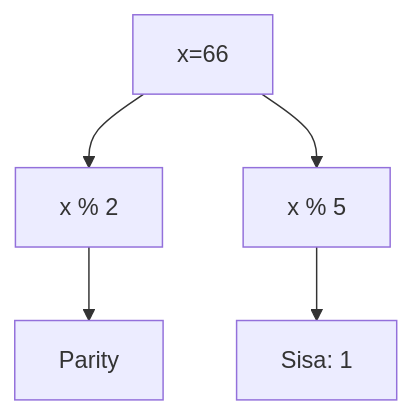
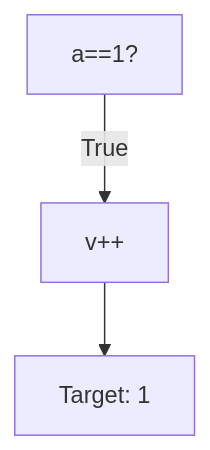
Before and after one commit to amnahwaida/OSNK_INF_PREP: the second of 25 diagrams in part-c-pemahaman-cpp/02-percabangan/latihan/set-10.md, drawn with Mermaid. The commit also changed other lines of this file and 71 other files, not shown here.

Commit message:
Fixed Mermaid syntax lexical errors with quoted labels in 1,800 questions

````diff
--- a/part-c-pemahaman-cpp/02-percabangan/latihan/set-10.md
+++ b/part-c-pemahaman-cpp/02-percabangan/latihan/set-10.md
@@ -52,7 +52,5 @@
 ```mermaid
 graph TD
-A[x=66] --> B[x % 2]
-B --> C[Parity]
-A --> D[x % 5]
-D --> E[Sisa: 1]
+A["a==1?"] -- "True" --> B["v++"]
+B --> C["Target: 1"]
 ```
````
